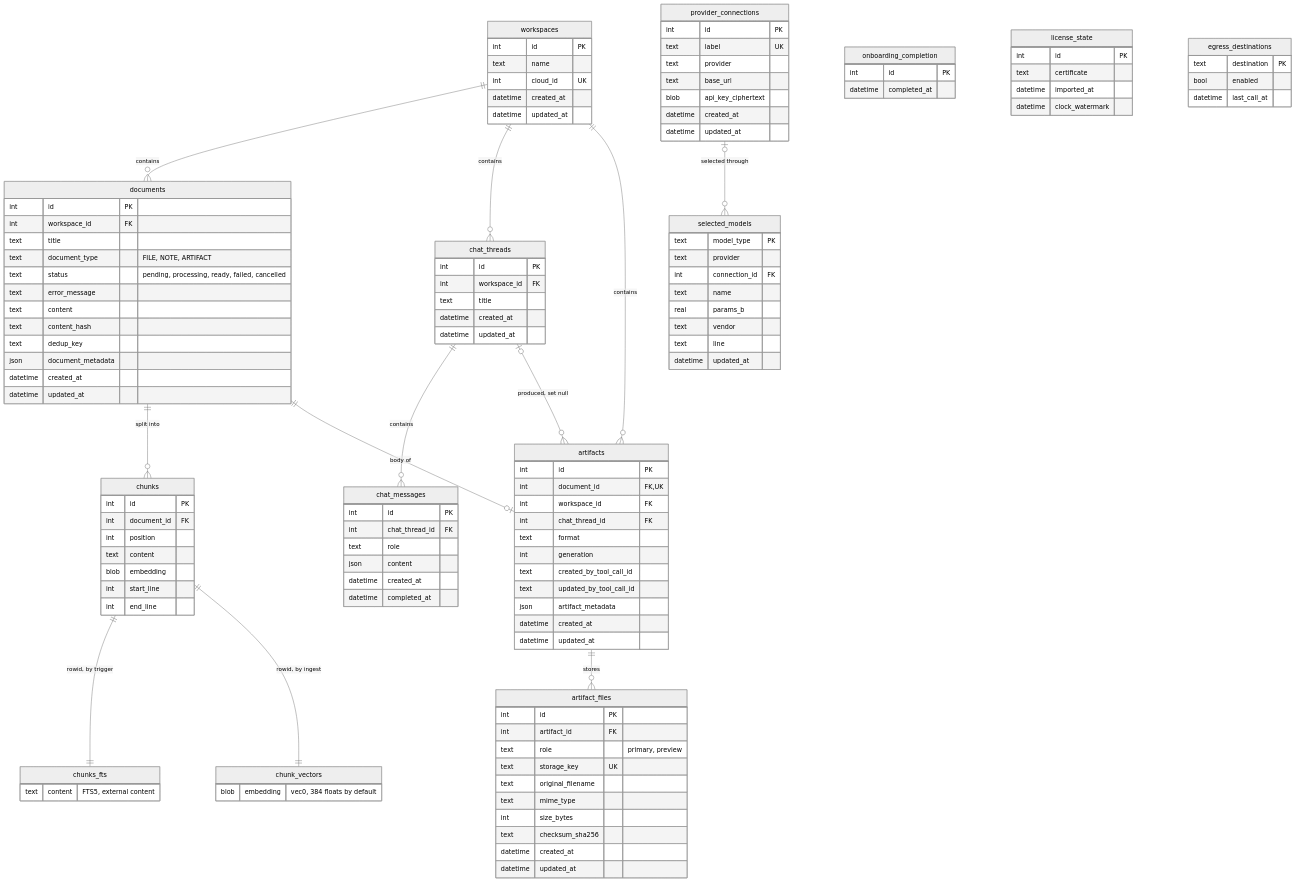
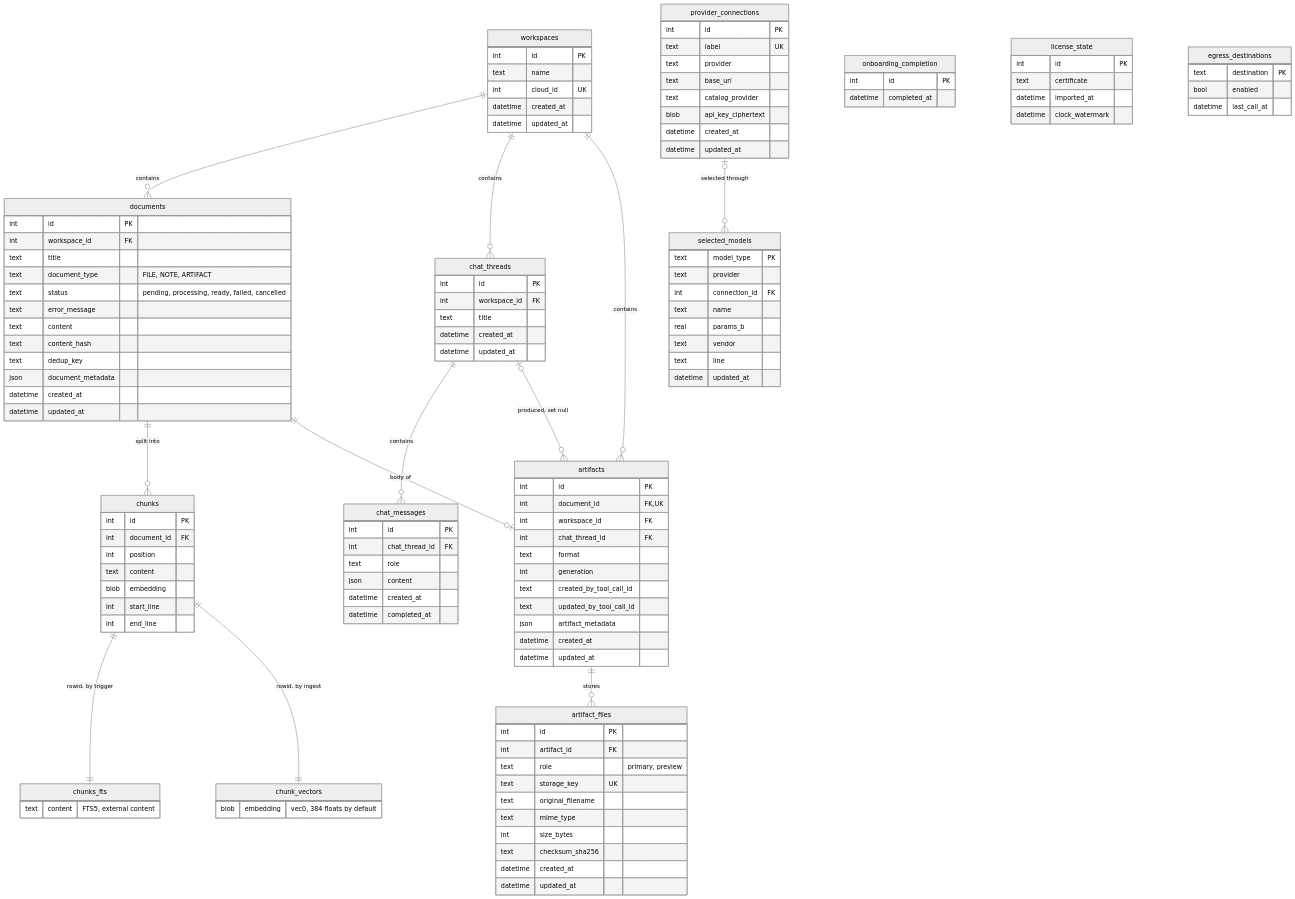
The diagram in docs/architecture/data-model.md (MODSetter/SurfSense), drawn with Mermaid (neutral theme) before and after one commit. The commit also changed other lines of this file and 9 other files, not shown here.

```diff
--- a/docs/architecture/data-model.md
+++ b/docs/architecture/data-model.md
@@ -250,6 +250,7 @@
     text label UK
     text provider
     text base_url
+    text catalog_provider
     blob api_key_ciphertext
     datetime created_at
     datetime updated_at
```
